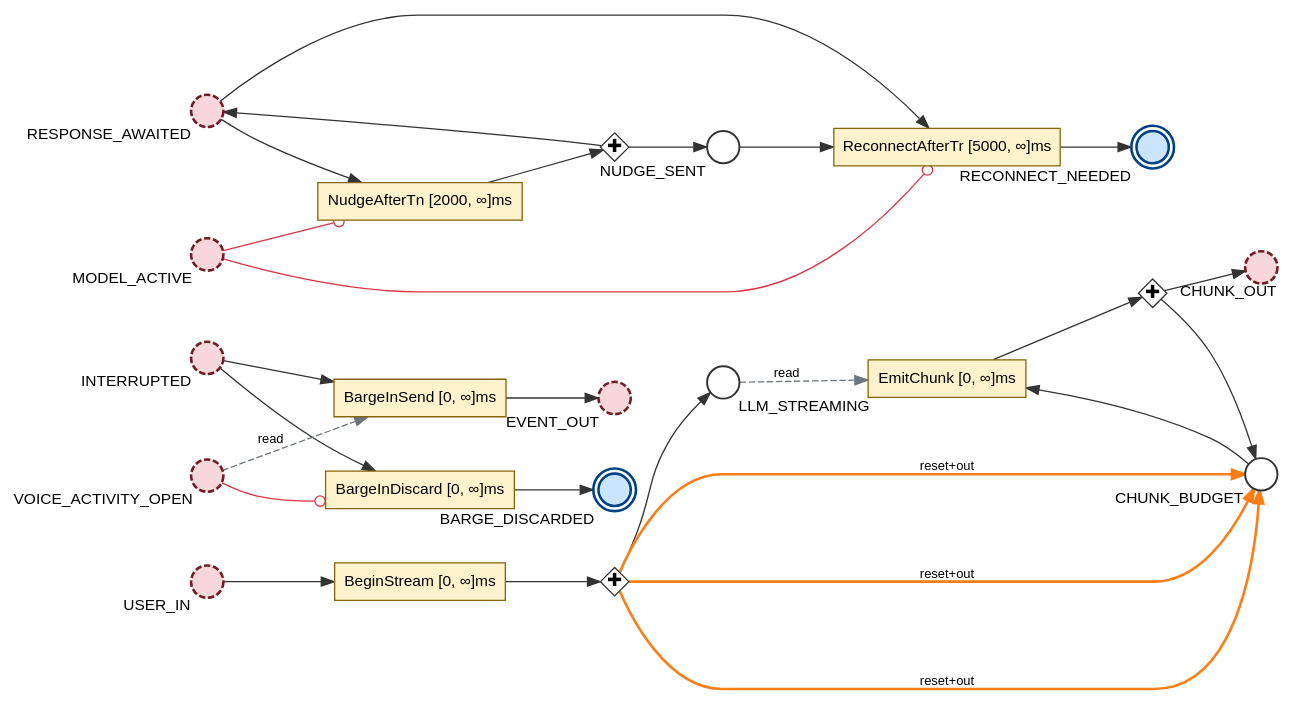
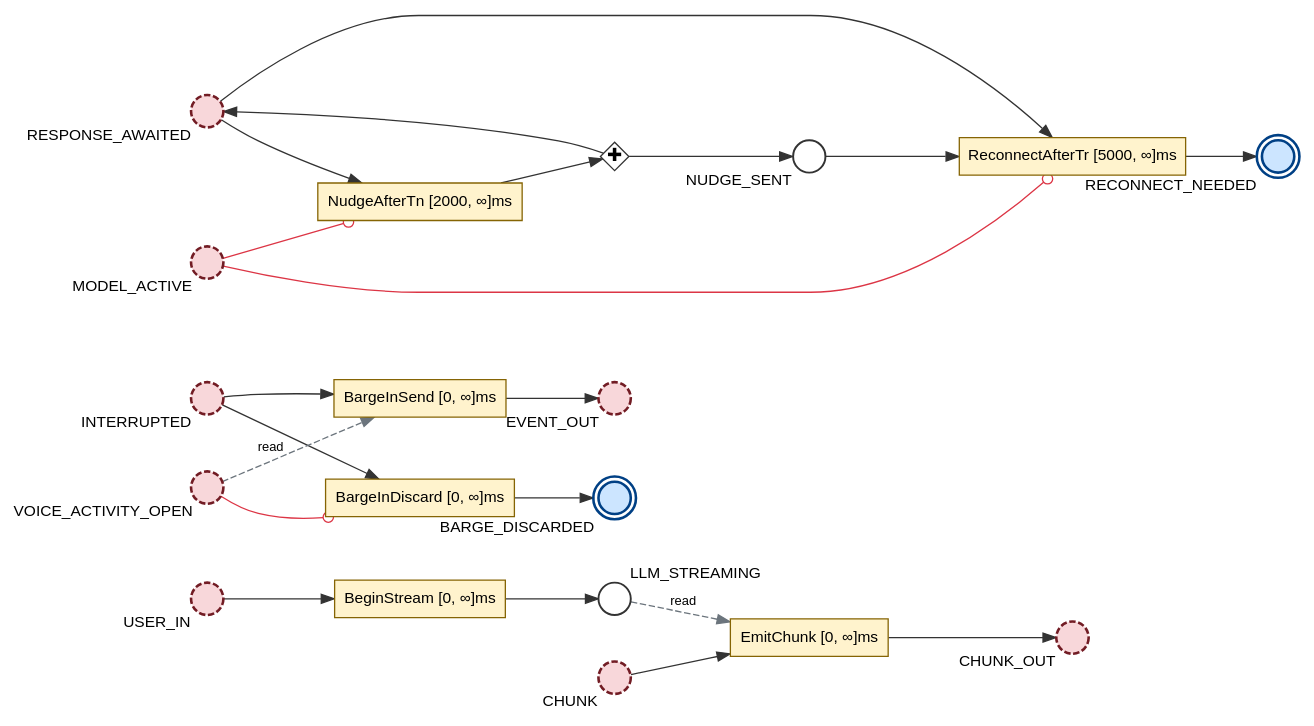
Before and after one commit to debe/adk-libpetri: the diagram in docs/diagrams/dot/bidi-composition.dot, drawn with Graphviz. The commit also changed 22 other files, not shown here.

```diff
--- a/docs/diagrams/dot/bidi-composition.dot
+++ b/docs/diagrams/dot/bidi-composition.dot
@@ -1,61 +1,53 @@
 digraph BidiComposition {
     rankdir=LR;
     nodesep=0.5;
     ranksep=0.75;
     forcelabels="true";
     overlap="false";
     fontname="Helvetica,Arial,sans-serif";
     outputorder="edgesfirst";
     compound="true";
     node [fontname="Helvetica,Arial,sans-serif", fontsize=12];
     edge [fontname="Helvetica,Arial,sans-serif", fontsize=10];
 
     p_USER_IN [label="", shape="circle", style="filled,dashed", fillcolor="#f8d7da", color="#721c24", penwidth=2, width=0.35, xlabel="USER_IN", fixedsize="true"];
     p_LLM_STREAMING [label="", shape="circle", style="filled", fillcolor="#FFFFFF", color="#333333", penwidth=1.5, width=0.35, xlabel="LLM_STREAMING", fixedsize="true"];
-    p_CHUNK_BUDGET [label="", shape="circle", style="filled", fillcolor="#FFFFFF", color="#333333", penwidth=1.5, width=0.35, xlabel="CHUNK_BUDGET", fixedsize="true"];
+    p_CHUNK [label="", shape="circle", style="filled,dashed", fillcolor="#f8d7da", color="#721c24", penwidth=2, width=0.35, xlabel="CHUNK", fixedsize="true"];
     p_CHUNK_OUT [label="", shape="circle", style="filled,dashed", fillcolor="#f8d7da", color="#721c24", penwidth=2, width=0.35, xlabel="CHUNK_OUT", fixedsize="true"];
     p_INTERRUPTED [label="", shape="circle", style="filled,dashed", fillcolor="#f8d7da", color="#721c24", penwidth=2, width=0.35, xlabel="INTERRUPTED", fixedsize="true"];
     p_EVENT_OUT [label="", shape="circle", style="filled,dashed", fillcolor="#f8d7da", color="#721c24", penwidth=2, width=0.35, xlabel="EVENT_OUT", fixedsize="true"];
     p_VOICE_ACTIVITY_OPEN [label="", shape="circle", style="filled,dashed", fillcolor="#f8d7da", color="#721c24", penwidth=2, width=0.35, xlabel="VOICE_ACTIVITY_OPEN", fixedsize="true"];
     p_BARGE_DISCARDED [label="", shape="doublecircle", style="filled", fillcolor="#cce5ff", color="#004085", penwidth=2, width=0.35, xlabel="BARGE_DISCARDED", fixedsize="true"];
     p_RESPONSE_AWAITED [label="", shape="circle", style="filled,dashed", fillcolor="#f8d7da", color="#721c24", penwidth=2, width=0.35, xlabel="RESPONSE_AWAITED", fixedsize="true"];
     p_NUDGE_SENT [label="", shape="circle", style="filled", fillcolor="#FFFFFF", color="#333333", penwidth=1.5, width=0.35, xlabel="NUDGE_SENT", fixedsize="true"];
     p_MODEL_ACTIVE [label="", shape="circle", style="filled,dashed", fillcolor="#f8d7da", color="#721c24", penwidth=2, width=0.35, xlabel="MODEL_ACTIVE", fixedsize="true"];
     p_RECONNECT_NEEDED [label="", shape="doublecircle", style="filled", fillcolor="#cce5ff", color="#004085", penwidth=2, width=0.35, xlabel="RECONNECT_NEEDED", fixedsize="true"];
     t_BeginStream [label="BeginStream [0, ∞]ms", shape="box", style="filled", fillcolor="#fff3cd", color="#856404", penwidth=1, height=0.4, width=0.8];
     t_EmitChunk [label="EmitChunk [0, ∞]ms", shape="box", style="filled", fillcolor="#fff3cd", color="#856404", penwidth=1, height=0.4, width=0.8];
     t_BargeInSend [label="BargeInSend [0, ∞]ms", shape="box", style="filled", fillcolor="#fff3cd", color="#856404", penwidth=1, height=0.4, width=0.8];
     t_BargeInDiscard [label="BargeInDiscard [0, ∞]ms", shape="box", style="filled", fillcolor="#fff3cd", color="#856404", penwidth=1, height=0.4, width=0.8];
     t_NudgeAfterTn [label="NudgeAfterTn [2000, ∞]ms", shape="box", style="filled", fillcolor="#fff3cd", color="#856404", penwidth=1, height=0.4, width=0.8];
     t_ReconnectAfterTr [label="ReconnectAfterTr [5000, ∞]ms", shape="box", style="filled", fillcolor="#fff3cd", color="#856404", penwidth=1, height=0.4, width=0.8];
-    j_BeginStream__and_0 [label="✚", shape="diamond", style="filled", fillcolor="#FFFFFF", color="#333333", penwidth=1, height=0.3, width=0.3, fixedsize="true", fontsize=14];
-    j_EmitChunk__and_0 [label="✚", shape="diamond", style="filled", fillcolor="#FFFFFF", color="#333333", penwidth=1, height=0.3, width=0.3, fixedsize="true", fontsize=14];
     j_NudgeAfterTn__and_0 [label="✚", shape="diamond", style="filled", fillcolor="#FFFFFF", color="#333333", penwidth=1, height=0.3, width=0.3, fixedsize="true", fontsize=14];
 
     p_USER_IN -> t_BeginStream [color="#333333", style="solid", arrowhead="normal"];
-    t_BeginStream -> j_BeginStream__and_0 [color="#333333", style="solid", arrowhead="normal"];
-    j_BeginStream__and_0 -> p_LLM_STREAMING [color="#333333", style="solid", arrowhead="normal"];
-    j_BeginStream__and_0 -> p_CHUNK_BUDGET [color="#fd7e14", style="bold", arrowhead="normal", label="reset+out", penwidth=2];
-    j_BeginStream__and_0 -> p_CHUNK_BUDGET [color="#fd7e14", style="bold", arrowhead="normal", label="reset+out", penwidth=2];
-    j_BeginStream__and_0 -> p_CHUNK_BUDGET [color="#fd7e14", style="bold", arrowhead="normal", label="reset+out", penwidth=2];
-    p_CHUNK_BUDGET -> t_EmitChunk [color="#333333", style="solid", arrowhead="normal"];
-    t_EmitChunk -> j_EmitChunk__and_0 [color="#333333", style="solid", arrowhead="normal"];
-    j_EmitChunk__and_0 -> p_CHUNK_BUDGET [color="#333333", style="solid", arrowhead="normal"];
-    j_EmitChunk__and_0 -> p_CHUNK_OUT [color="#333333", style="solid", arrowhead="normal"];
+    t_BeginStream -> p_LLM_STREAMING [color="#333333", style="solid", arrowhead="normal"];
+    p_CHUNK -> t_EmitChunk [color="#333333", style="solid", arrowhead="normal"];
+    t_EmitChunk -> p_CHUNK_OUT [color="#333333", style="solid", arrowhead="normal"];
     p_LLM_STREAMING -> t_EmitChunk [color="#6c757d", style="dashed", arrowhead="normal", label="read"];
     p_INTERRUPTED -> t_BargeInSend [color="#333333", style="solid", arrowhead="normal"];
     t_BargeInSend -> p_EVENT_OUT [color="#333333", style="solid", arrowhead="normal"];
     p_VOICE_ACTIVITY_OPEN -> t_BargeInSend [color="#6c757d", style="dashed", arrowhead="normal", label="read"];
     p_INTERRUPTED -> t_BargeInDiscard [color="#333333", style="solid", arrowhead="normal"];
     t_BargeInDiscard -> p_BARGE_DISCARDED [color="#333333", style="solid", arrowhead="normal"];
     p_VOICE_ACTIVITY_OPEN -> t_BargeInDiscard [color="#dc3545", style="solid", arrowhead="odot"];
     p_RESPONSE_AWAITED -> t_NudgeAfterTn [color="#333333", style="solid", arrowhead="normal"];
     t_NudgeAfterTn -> j_NudgeAfterTn__and_0 [color="#333333", style="solid", arrowhead="normal"];
     j_NudgeAfterTn__and_0 -> p_RESPONSE_AWAITED [color="#333333", style="solid", arrowhead="normal"];
     j_NudgeAfterTn__and_0 -> p_NUDGE_SENT [color="#333333", style="solid", arrowhead="normal"];
     p_MODEL_ACTIVE -> t_NudgeAfterTn [color="#dc3545", style="solid", arrowhead="odot"];
     p_RESPONSE_AWAITED -> t_ReconnectAfterTr [color="#333333", style="solid", arrowhead="normal"];
     p_NUDGE_SENT -> t_ReconnectAfterTr [color="#333333", style="solid", arrowhead="normal"];
     t_ReconnectAfterTr -> p_RECONNECT_NEEDED [color="#333333", style="solid", arrowhead="normal"];
     p_MODEL_ACTIVE -> t_ReconnectAfterTr [color="#dc3545", style="solid", arrowhead="odot"];
 }
```
